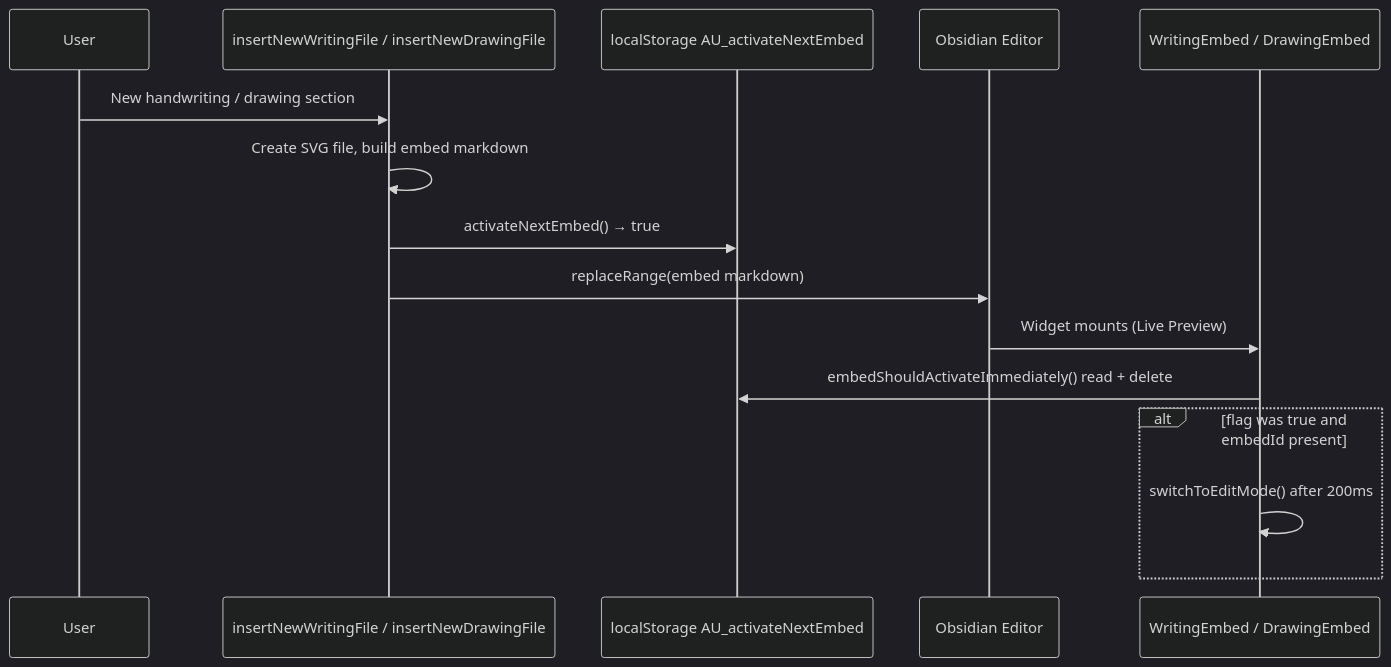
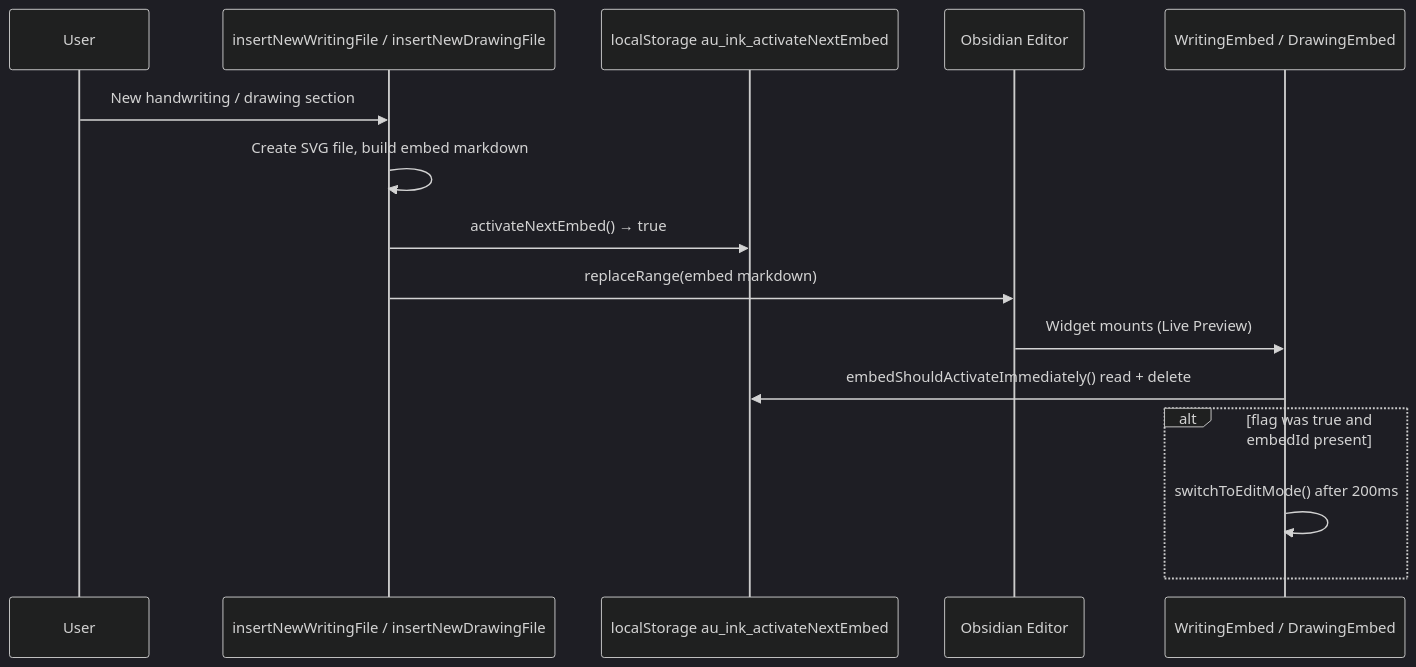
The diagram in docs/activate-next-embed.md (daledesilva/obsidian_ink), drawn with Mermaid (dark theme) before and after one commit. The commit also changed other lines of this file and 12 other files, not shown here.

Commit message:
Update local storage prefix from `AU_` to `au_ink_` in documentation, constants, and utility functions. Adjusted related tests and helper functions to ensure consistency with the new prefix.

````diff
--- a/docs/activate-next-embed.md
+++ b/docs/activate-next-embed.md
@@ -23,18 +23,18 @@
 ```mermaid
 sequenceDiagram
     participant User
     participant Command as insertNewWritingFile / insertNewDrawingFile
-    participant LS as localStorage AU_activateNextEmbed
+    participant LS as localStorage au_ink_activateNextEmbed
     participant Editor as Obsidian Editor
     participant Embed as WritingEmbed / DrawingEmbed
 
     User->>Command: New handwriting / drawing section
     Command->>Command: Create SVG file, build embed markdown
     Command->>LS: activateNextEmbed() → true
     Command->>Editor: replaceRange(embed markdown)
     Editor->>Embed: Widget mounts (Live Preview)
     Embed->>LS: embedShouldActivateImmediately() read + delete
     alt flag was true and embedId present
         Embed->>Embed: switchToEditMode() after 200ms
     end
 ```
````
